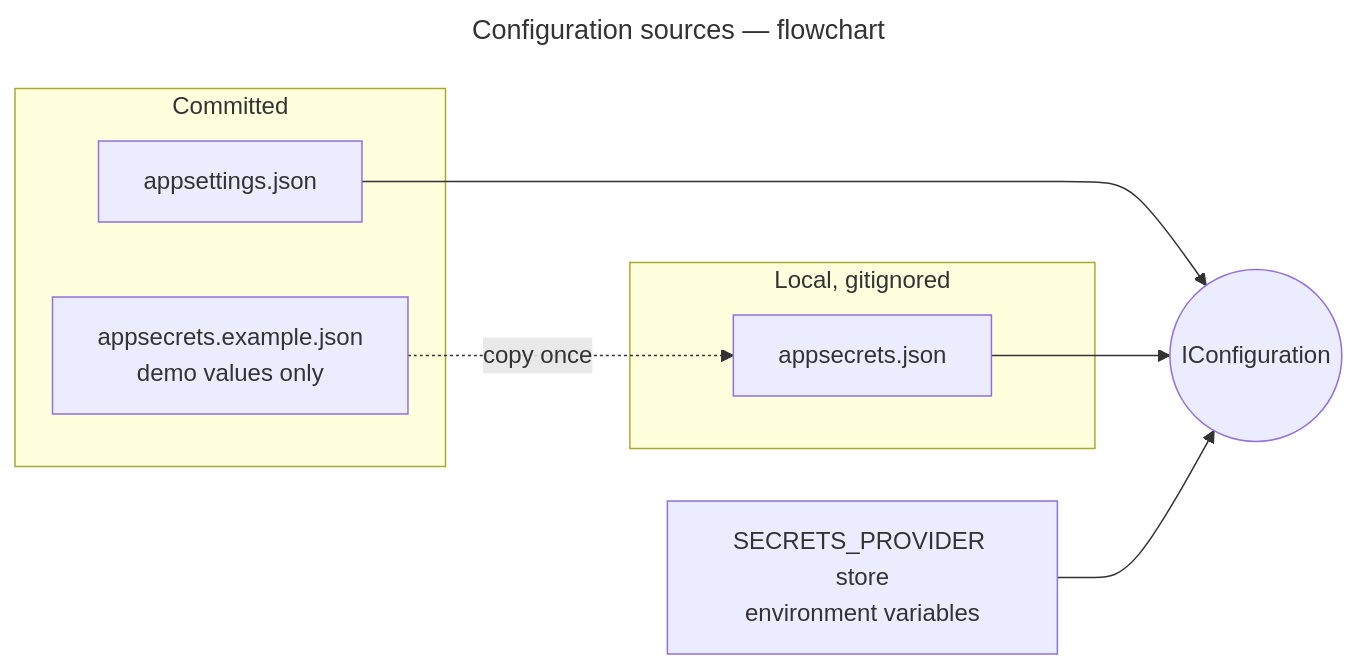
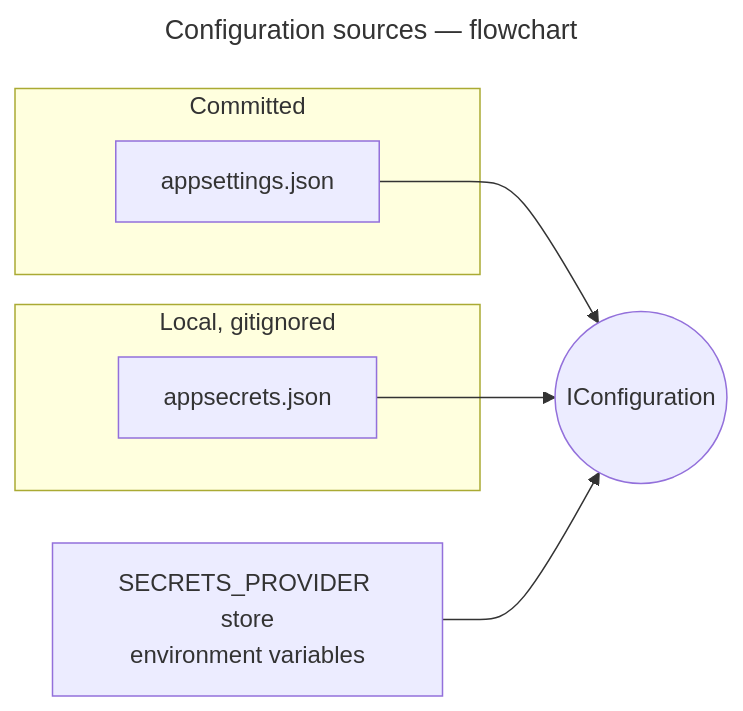
Before and after one commit to gmetskhvarishvili/GM.FileStorage.Samples: the diagram in docs/configuration.md, drawn with Mermaid. The commit also changed other lines of this file and 7 other files, not shown here.

First line of the commit message:
chore: drop the appsecrets.example.json templates

````diff
--- a/docs/configuration.md
+++ b/docs/configuration.md
@@ -12,20 +12,18 @@
 ```mermaid
 ---
 title: Configuration sources — flowchart
 ---
 flowchart LR
     subgraph committed[Committed]
         a1[appsettings.json]
-        a2[appsecrets.example.json<br/>demo values only]
     end
     subgraph local[Local, gitignored]
         s1[appsecrets.json]
     end
     env[SECRETS_PROVIDER store<br/>environment variables]
     cfg((IConfiguration))
 
-    a2 -. copy once .-> s1
     a1 --> cfg
     s1 --> cfg
     env --> cfg
 ```
````
